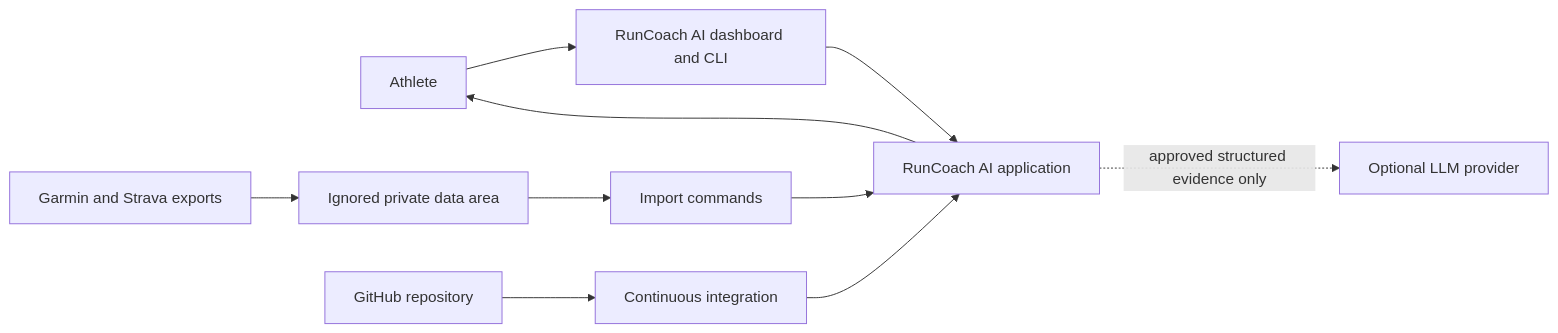
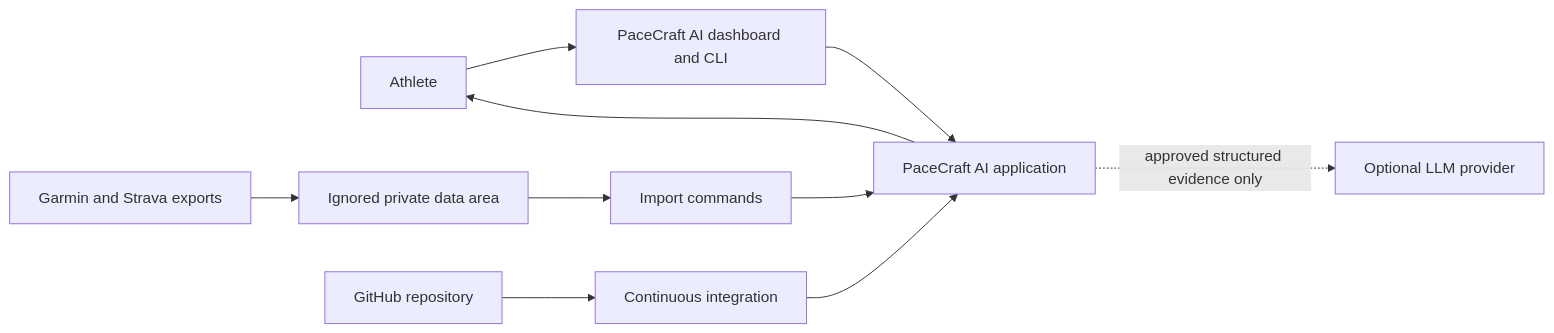
The first of 9 diagrams in docs/architecture.md (saadBr/runcoach-ai), drawn with Mermaid before and after one commit. The commit also changed other lines of this file and 33 other files, not shown here.

Commit message:
refactor: rename product to PaceCraft AI

````diff
--- a/docs/architecture.md
+++ b/docs/architecture.md
@@ -114,14 +114,14 @@
 ```mermaid
 flowchart LR
-    Athlete["Athlete"] --> UI["RunCoach AI dashboard and CLI"]
+    Athlete["Athlete"] --> UI["PaceCraft AI dashboard and CLI"]
     Exports["Garmin and Strava exports"] --> Private["Ignored private data area"]
     Private --> CLI["Import commands"]
-    CLI --> System["RunCoach AI application"]
+    CLI --> System["PaceCraft AI application"]
     UI --> System
     System --> Athlete
 
     Repository["GitHub repository"] --> CI["Continuous integration"]
     CI --> System
 
     System -. "approved structured evidence only" .-> LLM["Optional LLM provider"]
 ```
````
